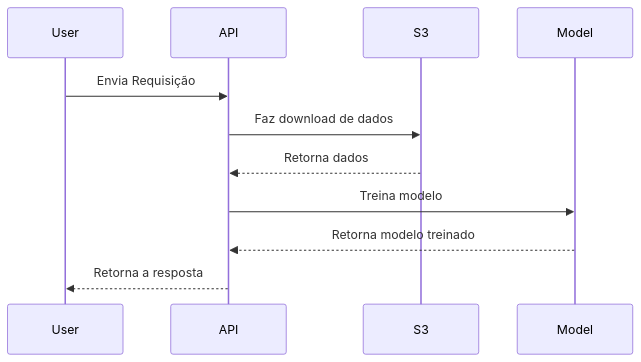
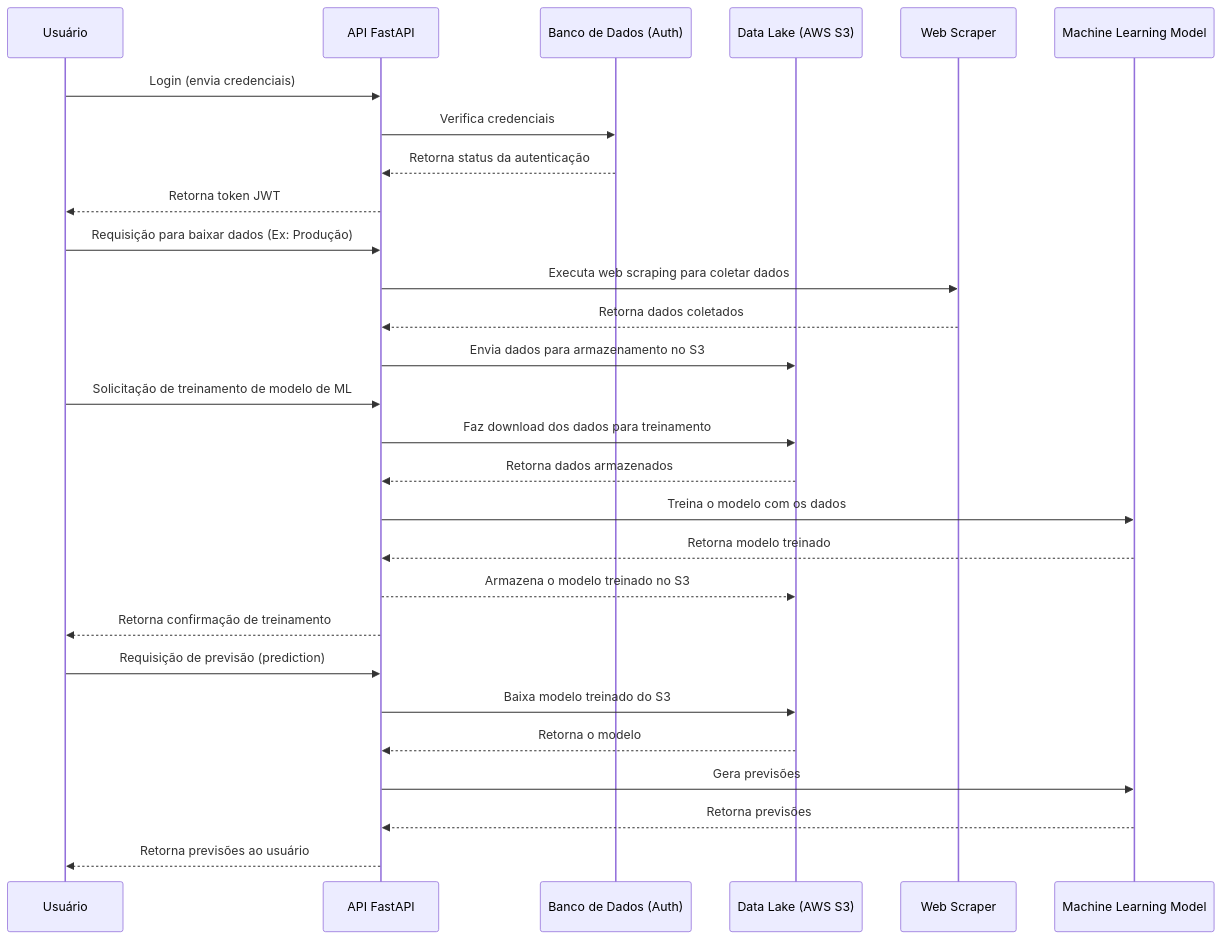
The third of 3 diagrams in README.md (Renatmf5/API-FastApi-WebScraping), drawn with Mermaid before and after one commit. The commit also changed other lines of this file, not shown here.

Commit message:
Test Mermaind

````diff
--- a/README.md
+++ b/README.md
@@ -284,13 +294,34 @@
-  ```mermaid
-  sequenceDiagram
-      participant User
-      participant API
-      participant S3
-      participant Model
-      User->>API: Envia Requisição
-      API->>S3: Faz download de dados
-      S3-->>API: Retorna dados
-      API->>Model: Treina modelo
-      Model-->>API: Retorna modelo treinado
-      API-->>User: Retorna a resposta
-  ```
+```mermaid
+sequenceDiagram
+    participant User as Usuário
+    participant API as API FastAPI
+    participant AuthDB as Banco de Dados (Auth)
+    participant S3 as Data Lake (AWS S3)
+    participant Scraper as Web Scraper
+    participant ML as Machine Learning Model
+
+    User->>API: Login (envia credenciais)
+    API->>AuthDB: Verifica credenciais
+    AuthDB-->>API: Retorna status da autenticação
+    API-->>User: Retorna token JWT
+
+    User->>API: Requisição para baixar dados (Ex: Produção)
+    API->>Scraper: Executa web scraping para coletar dados
+    Scraper-->>API: Retorna dados coletados
+    API->>S3: Envia dados para armazenamento no S3
+
+    User->>API: Solicitação de treinamento de modelo de ML
+    API->>S3: Faz download dos dados para treinamento
+    S3-->>API: Retorna dados armazenados
+    API->>ML: Treina o modelo com os dados
+    ML-->>API: Retorna modelo treinado
+    API-->>S3: Armazena o modelo treinado no S3
+    API-->>User: Retorna confirmação de treinamento
+
+    User->>API: Requisição de previsão (prediction)
+    API->>S3: Baixa modelo treinado do S3
+    S3-->>API: Retorna o modelo
+    API->>ML: Gera previsões
+    ML-->>API: Retorna previsões
+    API-->>User: Retorna previsões ao usuário
+```
````
